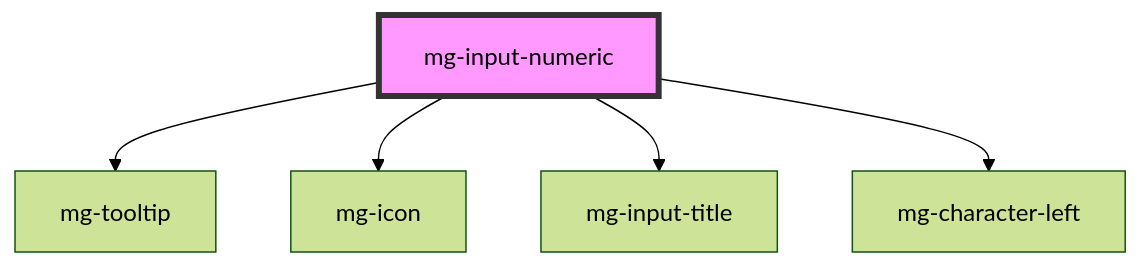
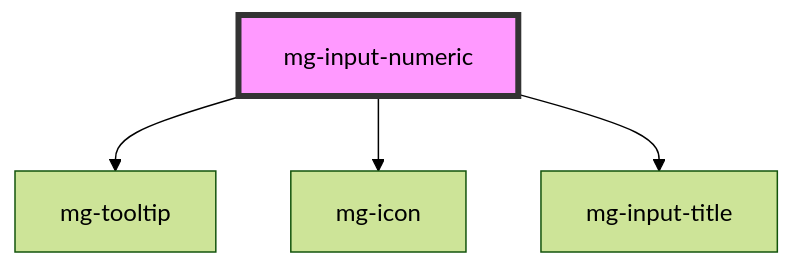
The diagram in src/components/molecules/inputs/mg-input-numeric/readme.md (MGDIS/mg-components), drawn with Mermaid (forest theme) before and after one commit. The commit also changed other lines of this file and 97 other files, not shown here.

````diff
--- a/src/components/molecules/inputs/mg-input-numeric/readme.md
+++ b/src/components/molecules/inputs/mg-input-numeric/readme.md
@@ -90,8 +89,7 @@
 ```mermaid
 graph TD;
   mg-input-numeric --> mg-tooltip
   mg-input-numeric --> mg-icon
   mg-input-numeric --> mg-input-title
-  mg-input-numeric --> mg-character-left
   style mg-input-numeric fill:#f9f,stroke:#333,stroke-width:4px
 ```
````
